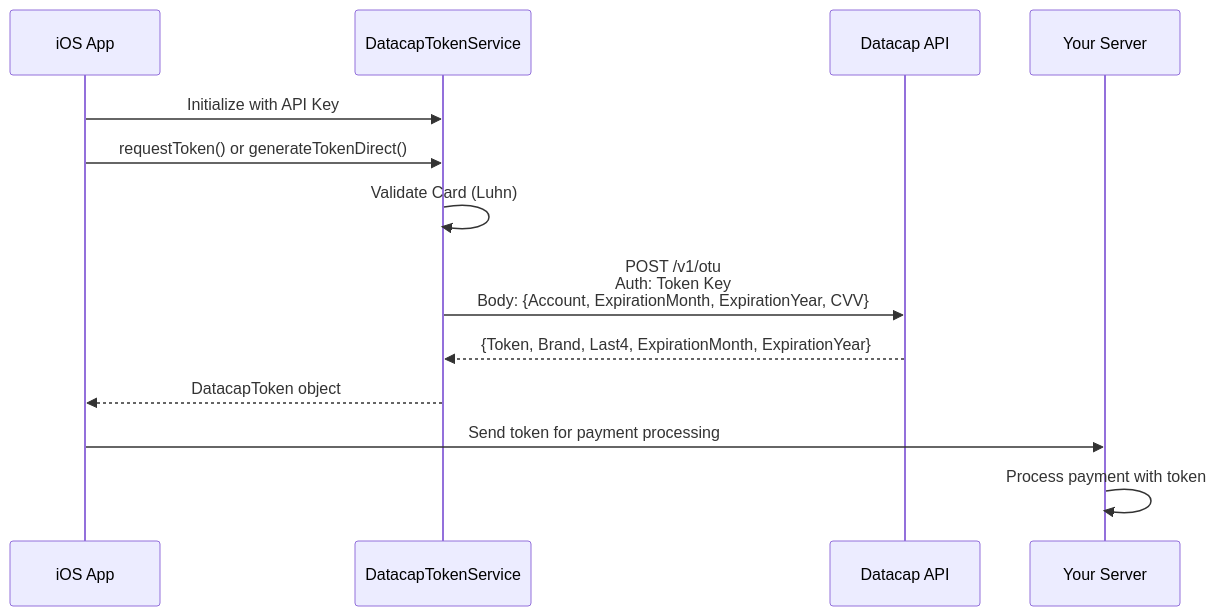
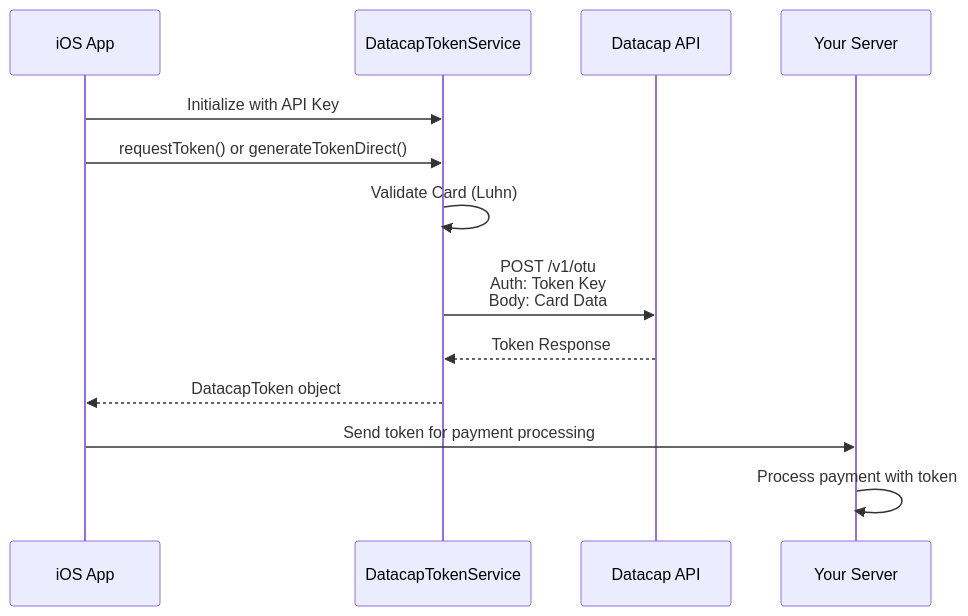
One commit to datacapsystems/Datacap-MobileToken-iOS-2025 changed the second of 3 diagrams in README.md. Above: the diagram before and after it, drawn with Mermaid. The commit also changed other lines of this file and 106 other files, not shown here.

````diff
--- a/README.md
+++ b/README.md
@@ -70,16 +70,16 @@
 ```mermaid
 sequenceDiagram
     participant App as iOS App
     participant SDK as DatacapTokenService
     participant API as Datacap API
     participant Server as Your Server
     
     App->>SDK: Initialize with API Key
     App->>SDK: requestToken() or generateTokenDirect()
     SDK->>SDK: Validate Card (Luhn)
-    SDK->>API: POST /v1/otu<br/>Auth: Token Key<br/>Body: {Account, ExpirationMonth, ExpirationYear, CVV}
-    API-->>SDK: {Token, Brand, Last4, ExpirationMonth, ExpirationYear}
+    SDK->>API: POST /v1/otu<br/>Auth: Token Key<br/>Body: Card Data
+    API-->>SDK: Token Response
     SDK-->>App: DatacapToken object
     App->>Server: Send token for payment processing
     Server->>Server: Process payment with token
 ```
````
